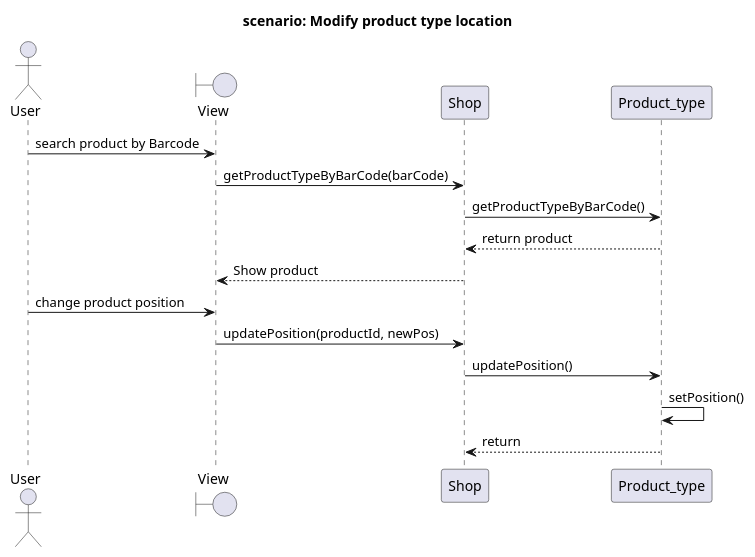
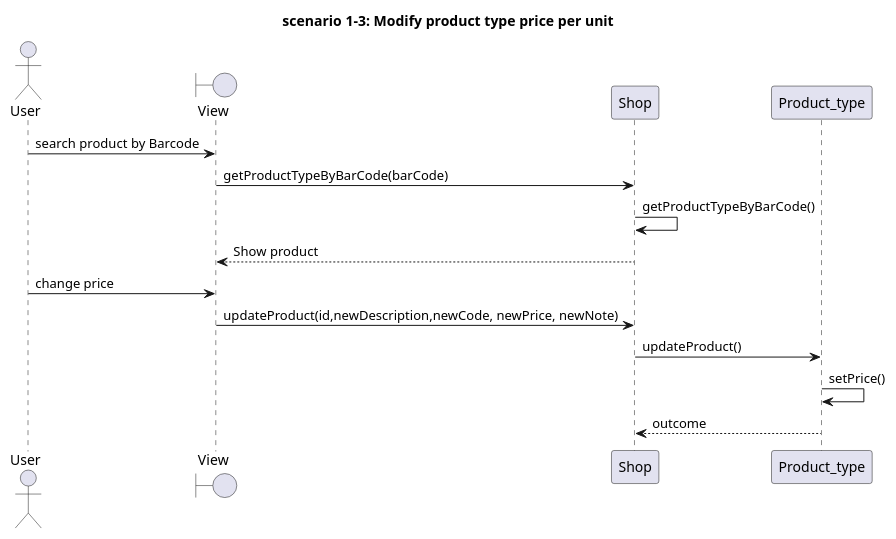
Before and after one commit to zitabou/EZShop: the fifth of 9 diagrams in Deliverables/DesignDocument.md, drawn with PlantUML. The commit also changed other lines of this file, not shown here.

Commit message:
add sequence 1.x 2.x

````diff
--- a/Deliverables/DesignDocument.md
+++ b/Deliverables/DesignDocument.md
@@ -321,20 +324,19 @@
 ```plantuml
 
 title
-scenario: Modify product type location
+scenario 1-3: Modify product type price per unit
 end title
 
 actor User
 Boundary View
 User -> View: search product by Barcode
 View->Shop: getProductTypeByBarCode(barCode)
-Shop -> Product_type: getProductTypeByBarCode()
-Product_type --> Shop: return product
+Shop -> Shop: getProductTypeByBarCode()
 Shop --> View: Show product
-User -> View: change product position
-View->Shop: updatePosition(productId, newPos)
-Shop -> Product_type: updatePosition()
-Product_type -> Product_type: setPosition()
-Product_type --> Shop: return
+User -> View: change price
+View->Shop: updateProduct(id,newDescription,newCode, newPrice, newNote)
+Shop -> Product_type: updateProduct()
+Product_type -> Product_type: setPrice()
+Product_type --> Shop: outcome
 
 ```
````
